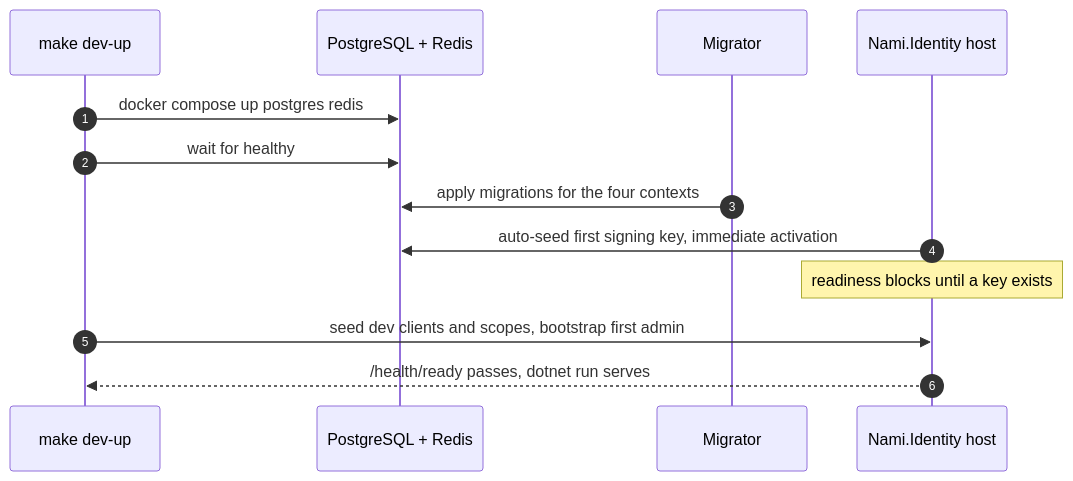
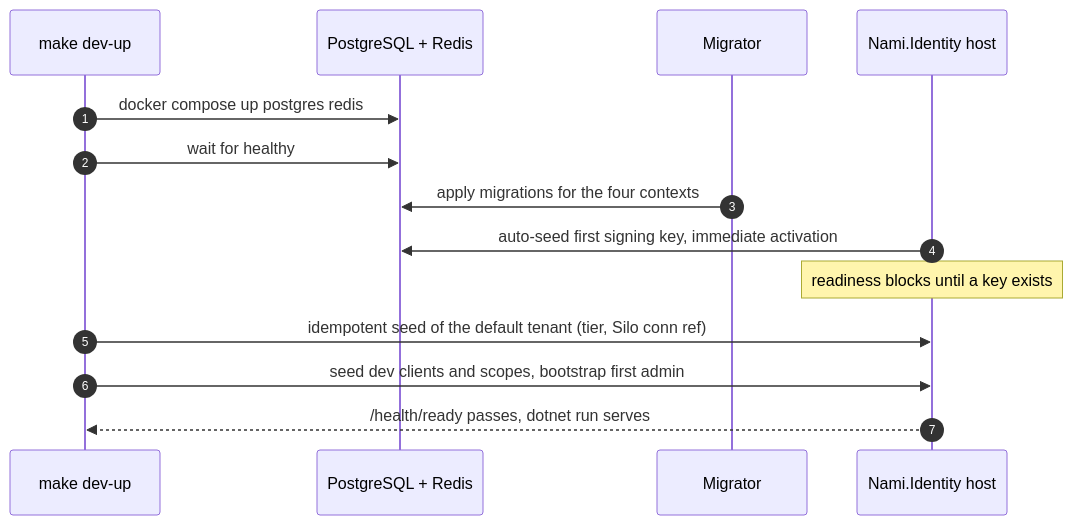
Before and after one commit to namphuongtran/nami: the second of 2 diagrams in docs/design/01-foundations.md, drawn with Mermaid. The commit also changed other lines of this file and 5 other files, not shown here.

````diff
--- a/docs/design/01-foundations.md
+++ b/docs/design/01-foundations.md
@@ -191,15 +205,16 @@
 ```mermaid
 sequenceDiagram
   autonumber
   participant Dev as make dev-up
   participant PG as PostgreSQL + Redis
   participant Mig as Migrator
   participant App as Nami.Identity host
   Dev->>PG: docker compose up postgres redis
   Dev->>PG: wait for healthy
   Mig->>PG: apply migrations for the four contexts
   App->>PG: auto-seed first signing key, immediate activation
   Note over App: readiness blocks until a key exists
+  Dev->>App: idempotent seed of the default tenant (tier, Silo conn ref)
   Dev->>App: seed dev clients and scopes, bootstrap first admin
   App-->>Dev: /health/ready passes, dotnet run serves
 ```
````
